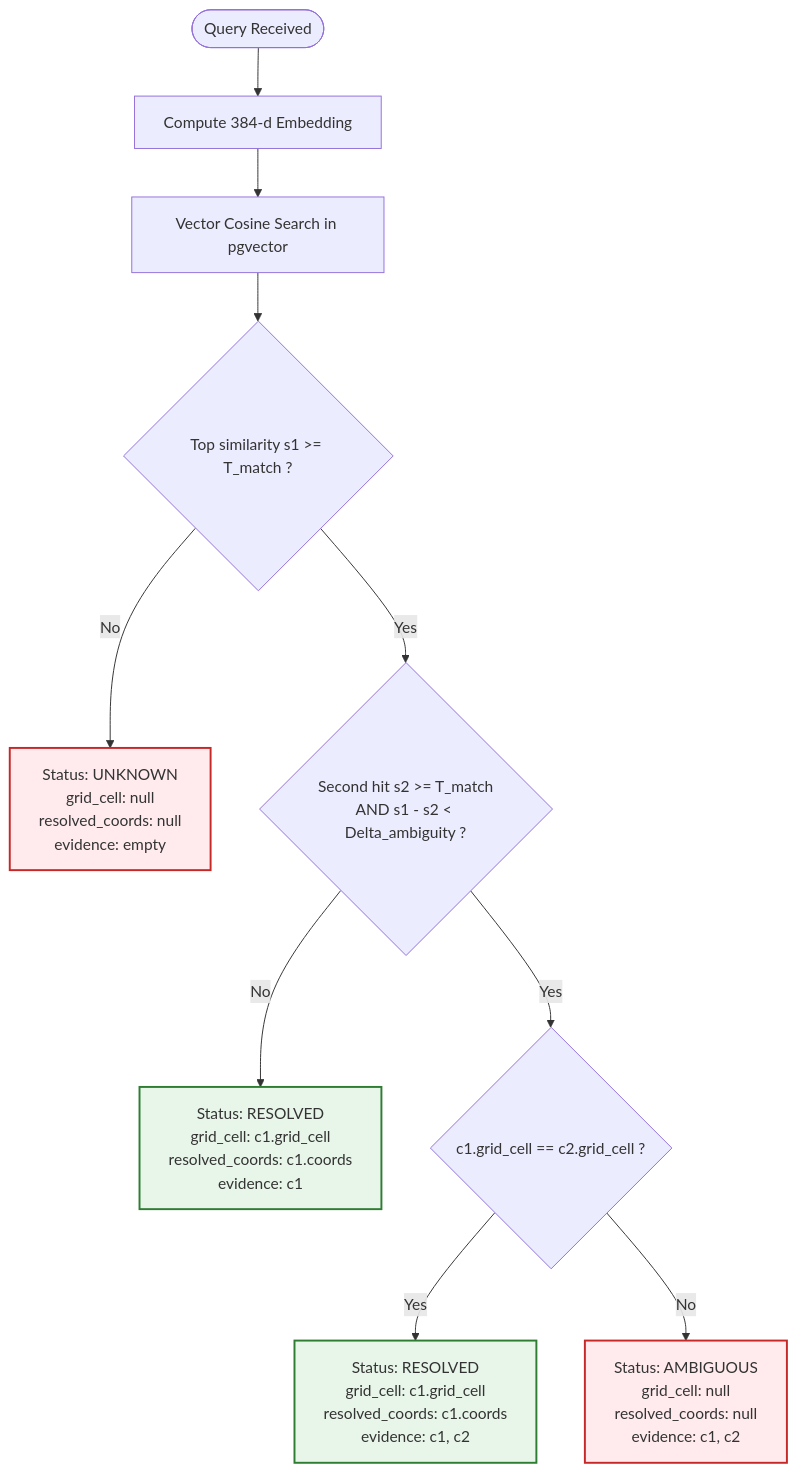
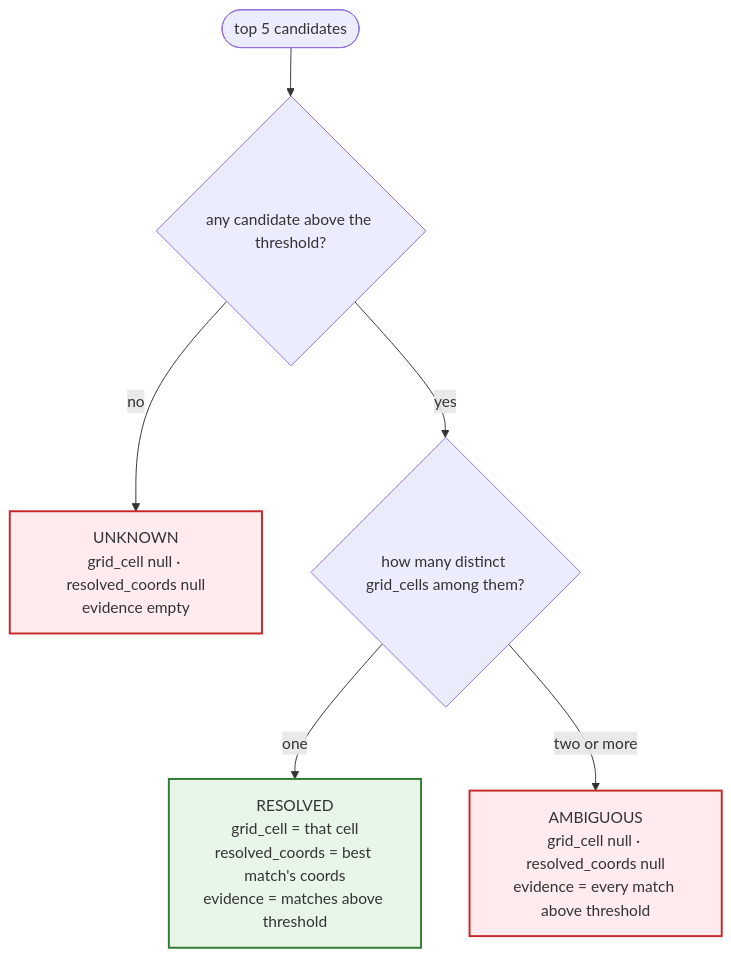
The third of 3 diagrams in docs/design/rag.md (Katlego-tech/Grid-Lock), drawn with Mermaid before and after one commit. The commit also changed other lines of this file and 4 other files, not shown here.

````diff
--- a/docs/design/rag.md
+++ b/docs/design/rag.md
@@ -138,23 +127,13 @@
 ```mermaid
 flowchart TD
-    Start([Query Received]) --> Embed[Compute 384-d Embedding]
-    Embed --> QueryDB[Vector Cosine Search in pgvector]
-    QueryDB --> CheckTop{Top similarity s1 >= T_match ?}
-
-    CheckTop -- No --> Unknown[Status: UNKNOWN<br>grid_cell: null<br>resolved_coords: null<br>evidence: empty]
-    
-    CheckTop -- Yes --> CheckSecond{Second hit s2 >= T_match<br>AND s1 - s2 < Delta_ambiguity ?}
-    
-    CheckSecond -- No --> Resolved[Status: RESOLVED<br>grid_cell: c1.grid_cell<br>resolved_coords: c1.coords<br>evidence: c1]
-    
-    CheckSecond -- Yes --> CheckSameCell{c1.grid_cell == c2.grid_cell ?}
-    
-    CheckSameCell -- Yes --> ResolvedSame[Status: RESOLVED<br>grid_cell: c1.grid_cell<br>resolved_coords: c1.coords<br>evidence: c1, c2]
-    
-    CheckSameCell -- No --> Ambiguous[Status: AMBIGUOUS<br>grid_cell: null<br>resolved_coords: null<br>evidence: c1, c2]
+    Start([top 5 candidates]) --> Any{any candidate above the threshold?}
+    Any -- no --> Unknown[UNKNOWN<br>grid_cell null · resolved_coords null<br>evidence empty]
+    Any -- yes --> Cells{how many distinct grid_cells among them?}
+    Cells -- one --> Resolved[RESOLVED<br>grid_cell = that cell<br>resolved_coords = best match's coords<br>evidence = matches above threshold]
+    Cells -- two or more --> Ambiguous[AMBIGUOUS<br>grid_cell null · resolved_coords null<br>evidence = every match above threshold]
 
     classDef nullCell fill:#ffebee,stroke:#c62828,stroke-width:2px;
     classDef validCell fill:#e8f5e9,stroke:#2e7d32,stroke-width:2px;
     class Unknown,Ambiguous nullCell;
-    class Resolved,ResolvedSame validCell;
+    class Resolved validCell;
 ```
````
